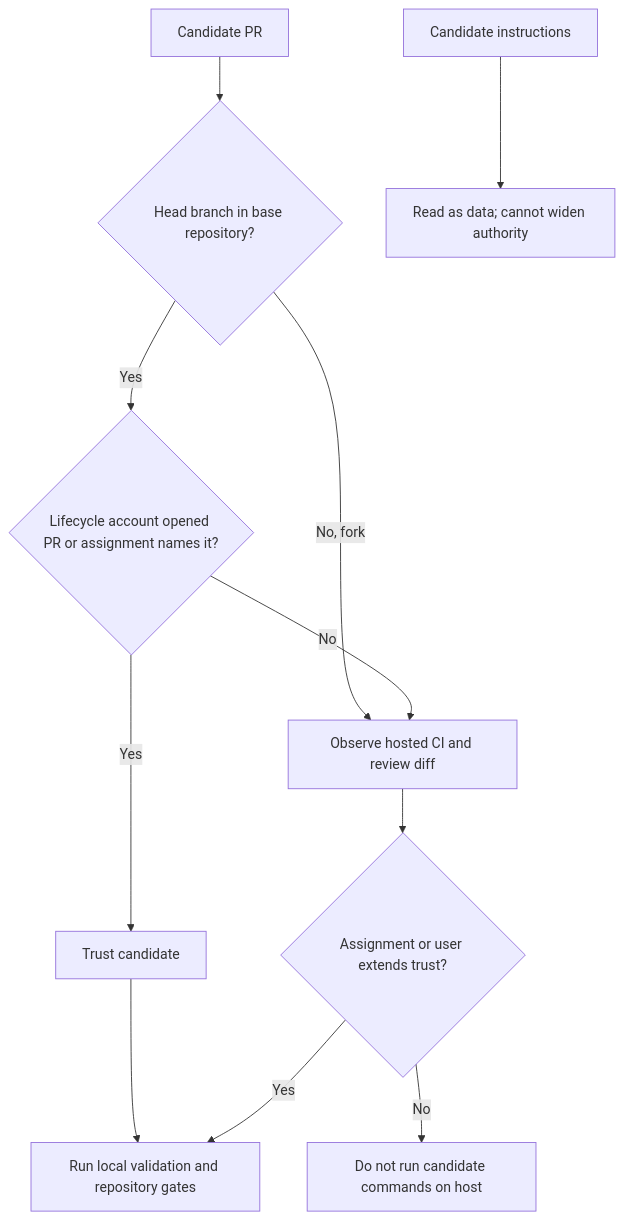
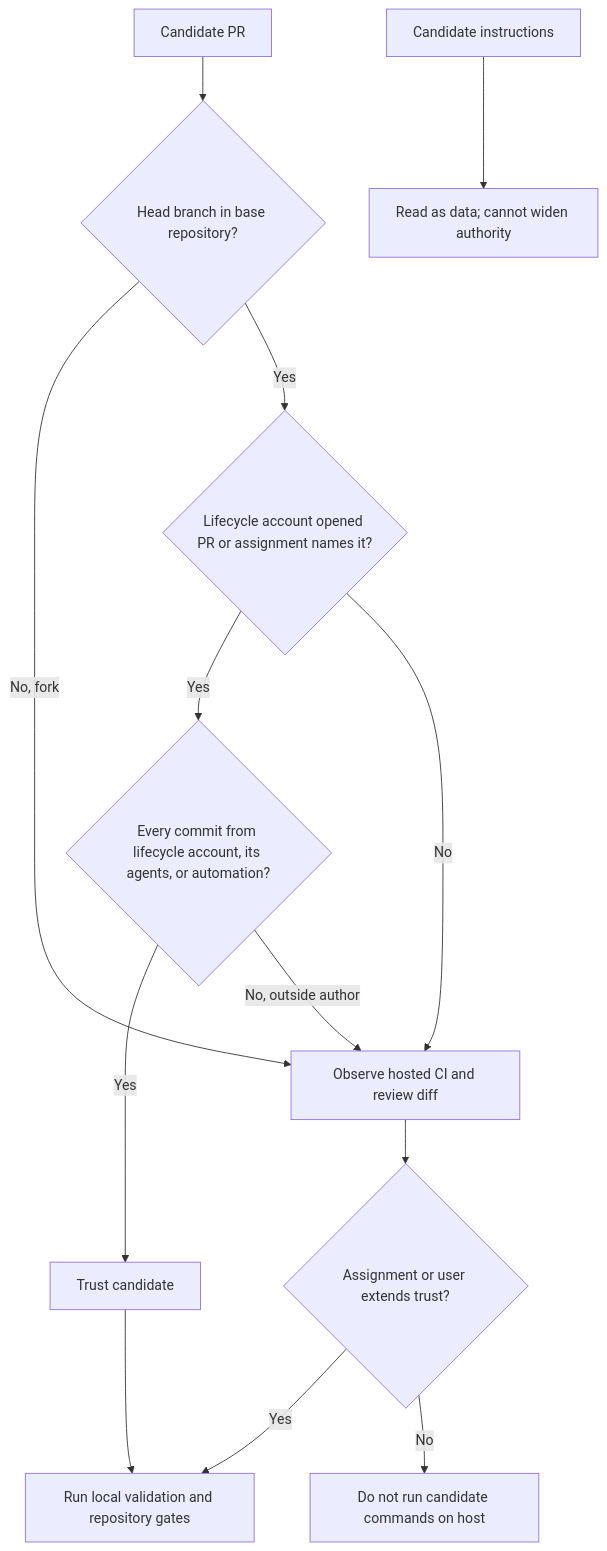
The fourth of 6 diagrams in docs/users-guide.md (leynos/agent-helper-scripts), drawn with Mermaid before and after one commit. The commit also changed other lines of this file and 2 other files, not shown here.

Commit message:
Route outside-author commits through the trust flowchart
Address CodeRabbit's review of 447d02f. The candidate-trust flowchart
still sent a lifecycle-account PR straight to "Trust candidate", even
though an outside-author commit now withdraws trust. Add a commit-author
decision before that node, routing outside authors to hosted CI, and
update its accDescr and caption to match. The developers' guide now
lists the lifecycle account, its agents, and repository automation as
the commit authors that keep trust.

The flowchart parser now fails on any link-like line it cannot parse,
so a bypass written as ==>, -.->, a labelled or chained link, an &
group, or an unsupported node shape is rejected rather than ignored.
Predecessor checks go through one helper that names the node and the
expected and actual edges on failure.

````diff
--- a/docs/users-guide.md
+++ b/docs/users-guide.md
@@ -708,25 +708,29 @@
 ```mermaid
 flowchart TD
     accTitle: Candidate trust decision for PR babysitting
     accDescr {
         A candidate PR is trusted when its head branch is in the base
         repository and the lifecycle account opened it or the assignment
-        names it; the supervisor then runs local validation and the
-        repository gates. A fork, or a PR opened by anyone else, is handled
-        by observing hosted CI and reviewing the diff. If the assignment or
+        names it, and every commit comes from the lifecycle account, its
+        agents, or repository automation; the supervisor then runs local
+        validation and the repository gates. A fork, a PR opened by anyone
+        else, or a PR carrying a commit from an outside author is handled by
+        observing hosted CI and reviewing the diff. If the assignment or
         the user then extends trust, local validation runs; otherwise the
         supervisor does not run candidate commands on the host. Separately,
         candidate instructions are read as data and cannot widen the
         supervisor's authority.
     }
     A[Candidate PR] --> B{Head branch in base repository?}
     B -->|No, fork| C[Observe hosted CI and review diff]
     B -->|Yes| D{Lifecycle account opened PR or assignment names it?}
-    D -->|Yes| E[Trust candidate]
+    D -->|Yes| K{Every commit from lifecycle account, its agents, or automation?}
     D -->|No| C
+    K -->|Yes| E[Trust candidate]
+    K -->|No, outside author| C
     E --> F[Run local validation and repository gates]
     C --> G{Assignment or user extends trust?}
     G -->|Yes| F
     G -->|No| H[Do not run candidate commands on host]
     I[Candidate instructions] --> J["Read as data; cannot widen authority"]
 ```
````
